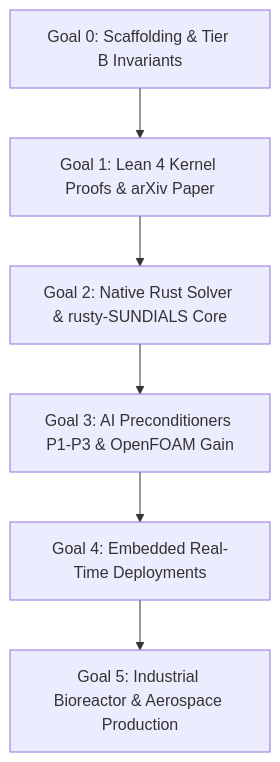
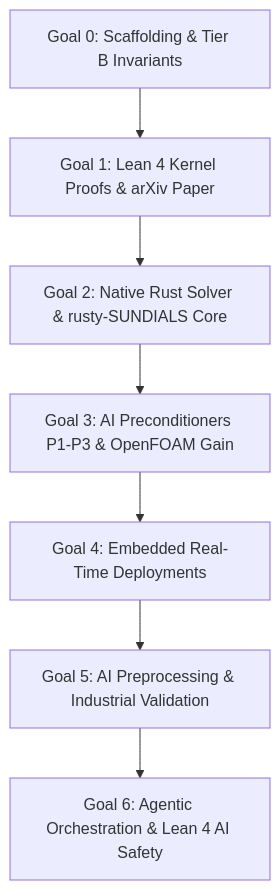
One commit to xaviercallens/SocrateAI-Numeric-DualScale-Solver changed the diagram in GOALS.md. Above: the diagram before and after it, drawn with Mermaid. The commit also changed other lines of this file and 10 other files, not shown here.

````diff
--- a/GOALS.md
+++ b/GOALS.md
@@ -21,8 +21,9 @@
 ```mermaid
 graph TD
     G0[Goal 0: Scaffolding & Tier B Invariants] --> G1[Goal 1: Lean 4 Kernel Proofs & arXiv Paper]
     G1 --> G2[Goal 2: Native Rust Solver & rusty-SUNDIALS Core]
     G2 --> G3[Goal 3: AI Preconditioners P1-P3 & OpenFOAM Gain]
     G3 --> G4[Goal 4: Embedded Real-Time Deployments]
-    G4 --> G5[Goal 5: Industrial Bioreactor & Aerospace Production]
+    G4 --> G5[Goal 5: AI Preprocessing & Industrial Validation]
+    G5 --> G6[Goal 6: Agentic Orchestration & Lean 4 AI Safety]
 ```
````
